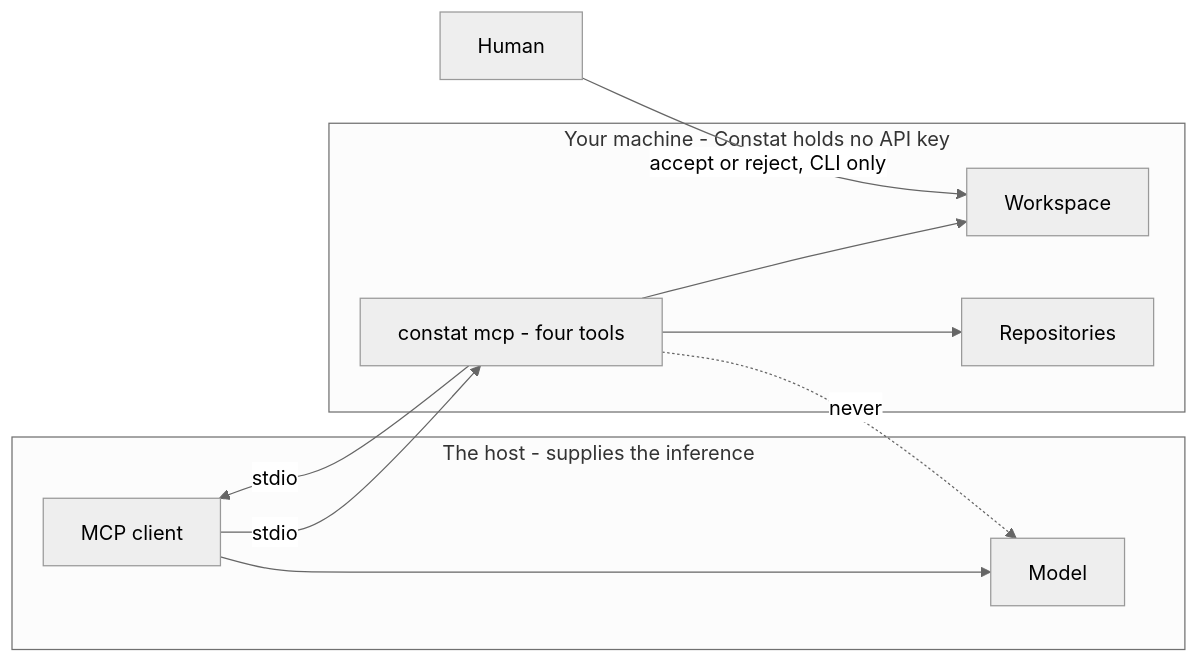
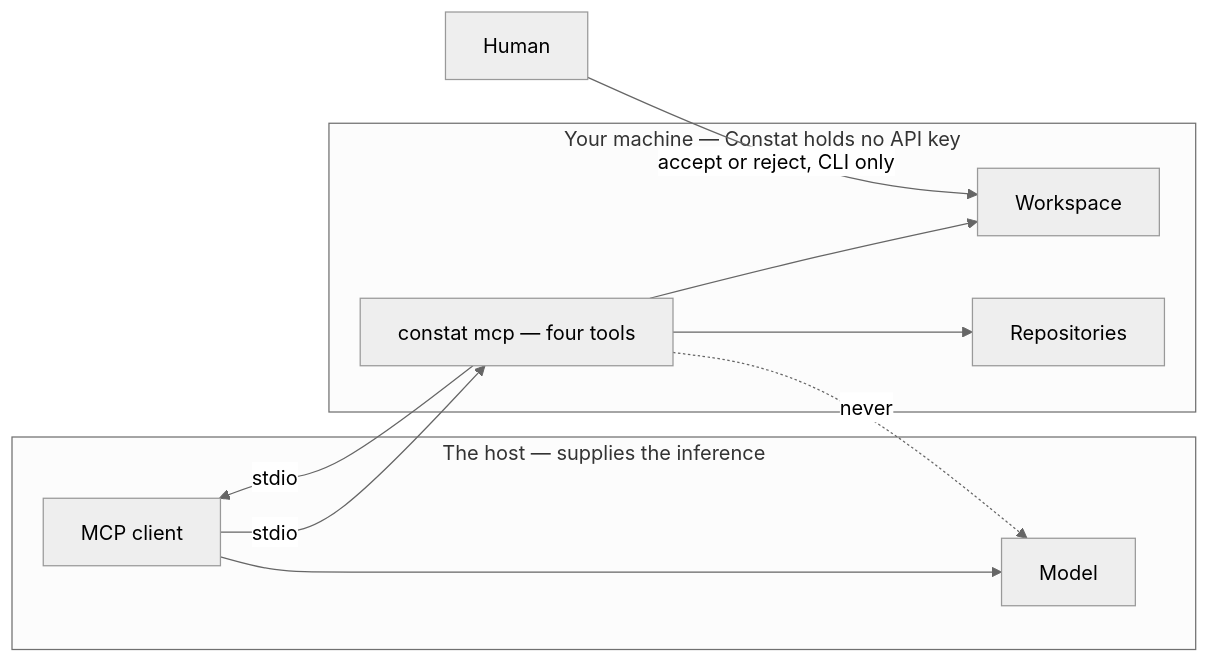
Before and after one commit to padjis/claudine: the third of 3 diagrams in ARCHITECTURE.md, drawn with Mermaid (neutral theme). The commit also changed other lines of this file, not shown here.

First line of the commit message:
Restore quoted mermaid labels; stripping them broke the layer diagram

````diff
--- a/ARCHITECTURE.md
+++ b/ARCHITECTURE.md
@@ -142,23 +142,23 @@
 ```mermaid
 flowchart LR
-    subgraph The host - supplies the inference
-        M[Model]
-        C[MCP client]
+    subgraph HOST["The host — supplies the inference"]
+        M["Model"]
+        C["MCP client"]
     end
 
-    subgraph Your machine - Constat holds no API key
-        S[constat mcp - four tools]
-        W[Workspace]
-        R[Repositories]
+    subgraph LOCAL["Your machine — Constat holds no API key"]
+        S["constat mcp — four tools"]
+        W["Workspace"]
+        R["Repositories"]
     end
 
-    H[Human]
+    H["Human"]
 
-    C -- stdio --> S
-    S -- stdio --> C
+    C -->|"stdio"| S
+    S -->|"stdio"| C
     C --> M
     S --> R
     S --> W
-    H -- accept or reject, CLI only --> W
-    S -. never .-> M
+    H -->|"accept or reject, CLI only"| W
+    S -.->|"never"| M
 ```
````
